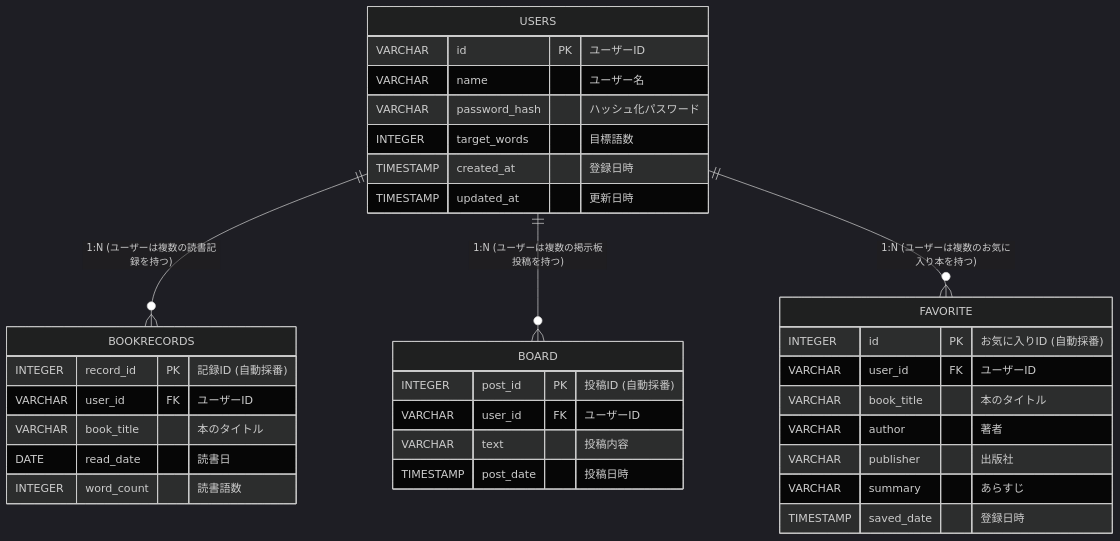
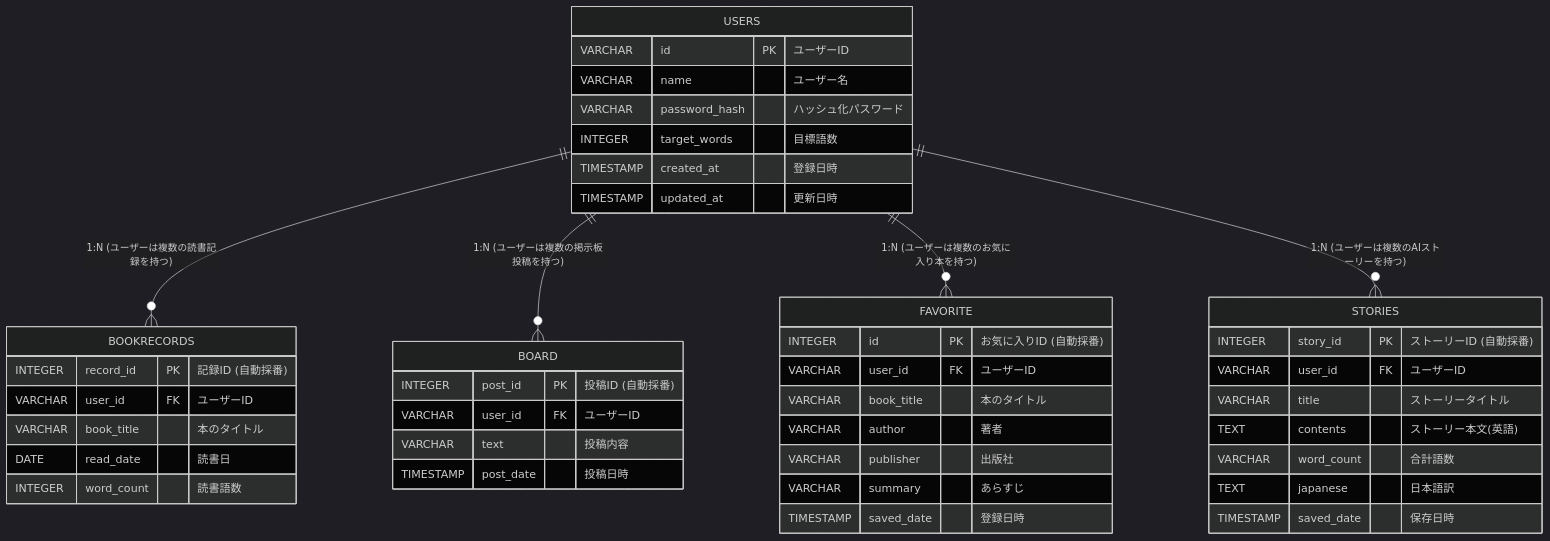
The first of 3 diagrams in README.md (sa2000-2/extensive-reading-manager), drawn with Mermaid (dark theme) before and after one commit. The commit also changed other lines of this file, not shown here.

````diff
--- a/README.md
+++ b/README.md
@@ -167,40 +182,51 @@
 ```mermaid
 erDiagram
     USERS ||--o{ BOOKRECORDS : "1:N (ユーザーは複数の読書記録を持つ)"
     USERS ||--o{ BOARD : "1:N (ユーザーは複数の掲示板投稿を持つ)"
     USERS ||--o{ FAVORITE : "1:N (ユーザーは複数のお気に入り本を持つ)"
+    USERS ||--o{ STORIES : "1:N (ユーザーは複数のAIストーリーを持つ)"
 
     USERS {
         VARCHAR id PK "ユーザーID"
         VARCHAR name "ユーザー名"
         VARCHAR password_hash "ハッシュ化パスワード"
         INTEGER target_words "目標語数"
         TIMESTAMP created_at "登録日時"
         TIMESTAMP updated_at "更新日時"
     }
 
     BOOKRECORDS {
         INTEGER record_id PK "記録ID (自動採番)"
         VARCHAR user_id FK "ユーザーID"
         VARCHAR book_title "本のタイトル"
         DATE read_date "読書日"
         INTEGER word_count "読書語数"
     }
 
     BOARD {
         INTEGER post_id PK "投稿ID (自動採番)"
         VARCHAR user_id FK "ユーザーID"
         VARCHAR text "投稿内容"
         TIMESTAMP post_date "投稿日時"
     }
 
     FAVORITE {
         INTEGER id PK "お気に入りID (自動採番)"
         VARCHAR user_id FK "ユーザーID"
         VARCHAR book_title "本のタイトル"
         VARCHAR author "著者"
         VARCHAR publisher "出版社"
         VARCHAR summary "あらすじ"
         TIMESTAMP saved_date "登録日時"
     }
+
+    STORIES {
+        INTEGER story_id PK "ストーリーID (自動採番)"
+        VARCHAR user_id FK "ユーザーID"
+        VARCHAR title "ストーリータイトル"
+        TEXT contents "ストーリー本文(英語)"
+        VARCHAR word_count "合計語数"
+        TEXT japanese "日本語訳"
+        TIMESTAMP saved_date "保存日時"
+    }
 ```
````
